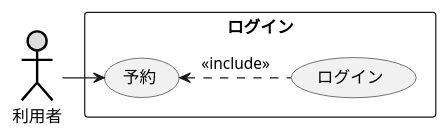
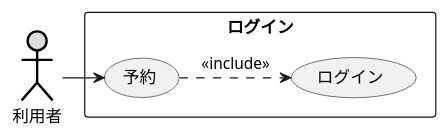
One commit to itouayumu/uml-introduction- changed the diagram in 演習2-3_ホテル宿泊予約.pu. Above: the diagram before and after it, drawn with PlantUML. The commit also changed 1 other file, not shown here.

```diff
--- a/演習2-3_ホテル宿泊予約.pu
+++ b/演習2-3_ホテル宿泊予約.pu
@@ -1,10 +1,10 @@
 @startuml ユースケース図
     actor 利用者 as u1 #DDDDDD;line:black;line.bold;
 rectangle ログイン {
     
 usecase 予約 as a1
 usecase ログイン as a2
 }
 u1->a1
-a1 <. a2 : << include >>
+a1 .> a2 : << include >>
 @enduml
```
